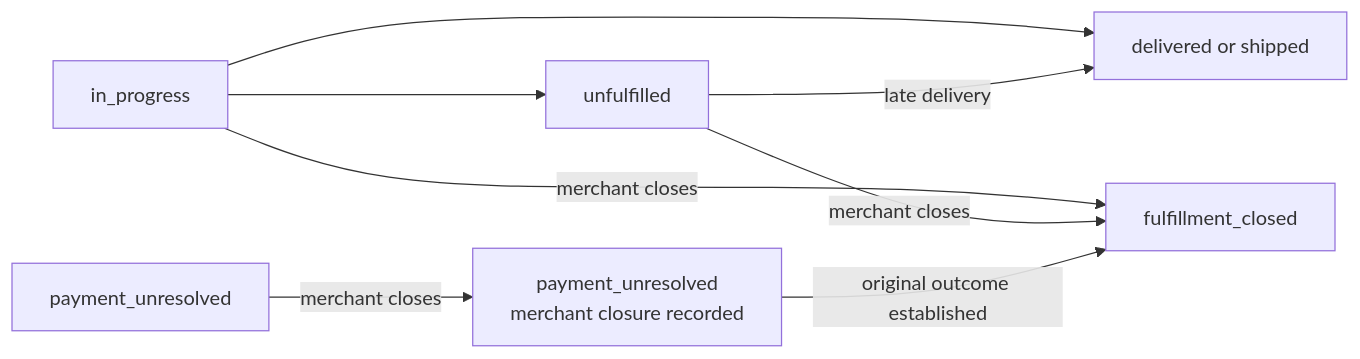
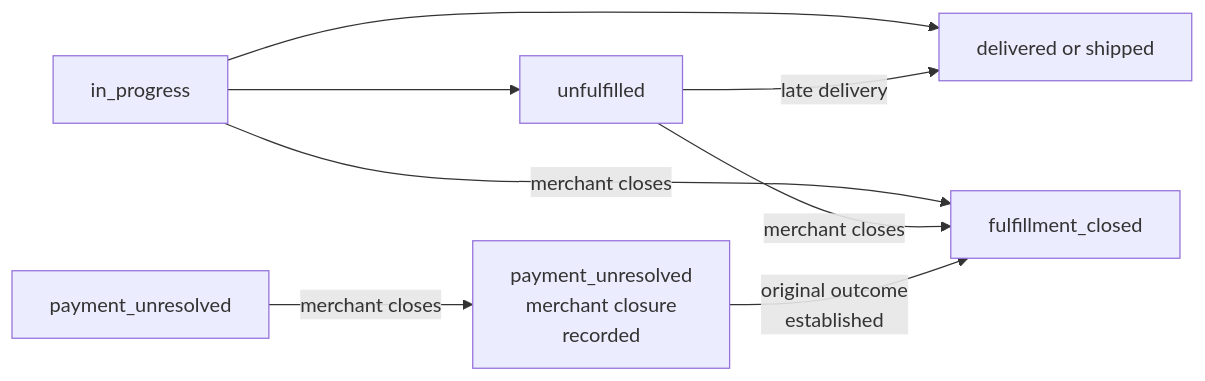
The second of 2 diagrams in apps/docs/orders.md (aftercard/agentify), drawn with Mermaid before and after one commit. The commit also changed 2 other files, not shown here.

Commit message:
fix: keep fulfillment diagram labels inside their boxes

````diff
--- a/apps/docs/orders.md
+++ b/apps/docs/orders.md
@@ -303,12 +303,12 @@
 ```mermaid
 flowchart LR
     accTitle: Fulfillment status and merchant closure
     accDescr: A paid order in progress can be delivered or shipped. Refusal or a missed deadline leaves it unfulfilled, and late delivery is still accepted until the merchant closes fulfillment. The merchant can close an order that has not been delivered or shipped. Closure preserves the original payment fact and blocks future Agentify fulfillment. An unknown payment remains payment_unresolved until its original outcome is established, even when merchant closure is recorded.
     IP["in_progress"] --> U["unfulfilled"]
     IP --> D["delivered or shipped"]
     U -- "late delivery" --> D
     IP -- "merchant closes" --> C["fulfillment_closed"]
     U -- "merchant closes" --> C
-    PU["payment_unresolved"] -- "merchant closes" --> PC["payment_unresolved<br/>merchant closure recorded"]
-    PC -- "original outcome established" --> C
+    PU["payment_unresolved"] -- "merchant closes" --> PC["payment_unresolved<br/>merchant closure<br/>recorded"]
+    PC -- "original outcome<br/>established" --> C
 ```
````
